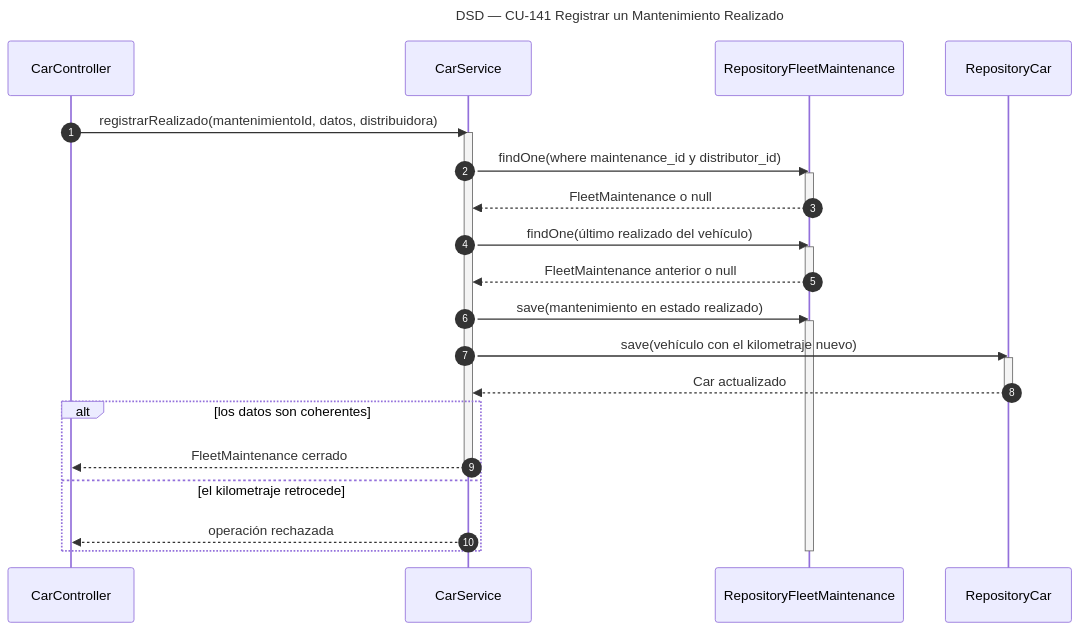
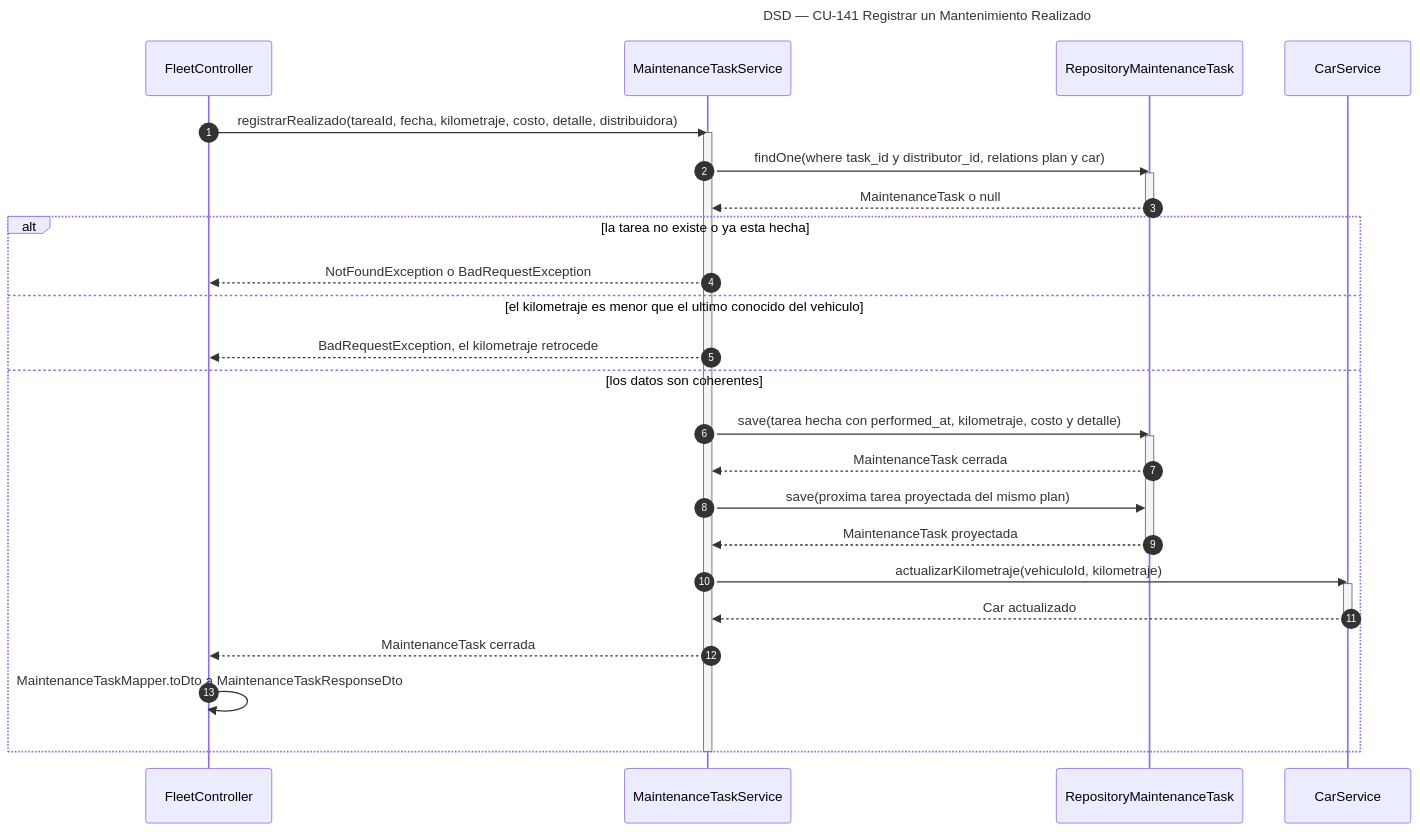
One commit to Nahuelito-Dev/splg-docs changed the diagram in diagramas/DSD_CU-141_Registrar-un-Mantenimiento-Realizado.mmd. Above: the diagram before and after it, drawn with Mermaid. The commit also changed 19 other files, not shown here.

First line of the commit message:
docs(flota): los DSD de CU-136 a CU-142 y el diagrama de clases con el modelo nuevo

```diff
--- a/diagramas/DSD_CU-141_Registrar-un-Mantenimiento-Realizado.mmd
+++ b/diagramas/DSD_CU-141_Registrar-un-Mantenimiento-Realizado.mmd
@@ -1,31 +1,33 @@
 sequenceDiagram
     title DSD — CU-141 Registrar un Mantenimiento Realizado
     autonumber
-    participant CTRL as CarController
-    participant SRV as CarService
-    participant MREP as RepositoryFleetMaintenance
-    participant VREP as RepositoryCar
+    participant CTRL as FleetController
+    participant SRV as MaintenanceTaskService
+    participant TREP as RepositoryMaintenanceTask
+    participant CARS as CarService
 
-    CTRL->>SRV: registrarRealizado(mantenimientoId, datos, distribuidora)
+    CTRL->>SRV: registrarRealizado(tareaId, fecha, kilometraje, costo, detalle, distribuidora)
     activate SRV
-    SRV->>MREP: findOne(where maintenance_id y distributor_id)
-    activate MREP
-    MREP-->>SRV: FleetMaintenance o null
-    deactivate MREP
-    SRV->>MREP: findOne(último realizado del vehículo)
-    activate MREP
-    MREP-->>SRV: FleetMaintenance anterior o null
-    deactivate MREP
-    SRV->>MREP: save(mantenimiento en estado realizado)
-    activate MREP
-    SRV->>VREP: save(vehículo con el kilometraje nuevo)
-    activate VREP
-    VREP-->>SRV: Car actualizado
-    deactivate VREP
-    alt los datos son coherentes
-        SRV-->>CTRL: FleetMaintenance cerrado
-        deactivate SRV
-    else el kilometraje retrocede
-        SRV-->>CTRL: operación rechazada
+    SRV->>TREP: findOne(where task_id y distributor_id, relations plan y car)
+    activate TREP
+    TREP-->>SRV: MaintenanceTask o null
+    deactivate TREP
+    alt la tarea no existe o ya esta hecha
+        SRV-->>CTRL: NotFoundException o BadRequestException
+    else el kilometraje es menor que el ultimo conocido del vehiculo
+        SRV-->>CTRL: BadRequestException, el kilometraje retrocede
+    else los datos son coherentes
+        SRV->>TREP: save(tarea hecha con performed_at, kilometraje, costo y detalle)
+        activate TREP
+        TREP-->>SRV: MaintenanceTask cerrada
+        SRV->>TREP: save(proxima tarea proyectada del mismo plan)
+        TREP-->>SRV: MaintenanceTask proyectada
+        deactivate TREP
+        SRV->>CARS: actualizarKilometraje(vehiculoId, kilometraje)
+        activate CARS
+        CARS-->>SRV: Car actualizado
+        deactivate CARS
+        SRV-->>CTRL: MaintenanceTask cerrada
+        CTRL->>CTRL: MaintenanceTaskMapper.toDto a MaintenanceTaskResponseDto
     end
-    deactivate MREP
+    deactivate SRV
```
